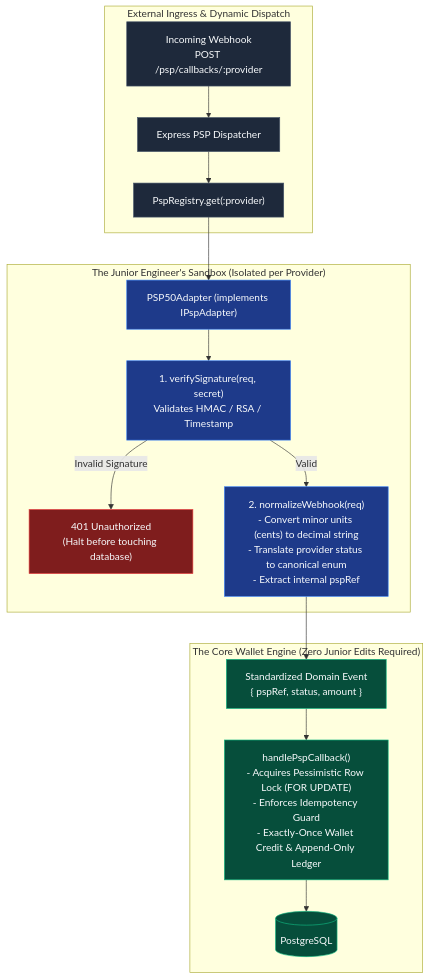
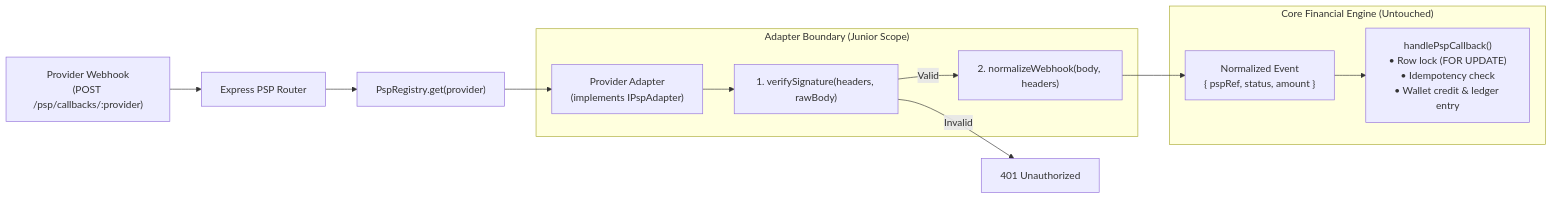
The diagram in backend-lead/DESIGN-PSP.md (kristianindra1412/99-code-challenge), drawn with Mermaid before and after one commit. The commit also changed other lines of this file and 6 other files, not shown here.

````diff
--- a/backend-lead/DESIGN-PSP.md
+++ b/backend-lead/DESIGN-PSP.md
@@ -26,30 +19,18 @@
 ```mermaid
-flowchart TD
-    subgraph Ingress["External Ingress & Dynamic Dispatch"]
-        Webhook["Incoming Webhook<br/>POST /psp/callbacks/:provider"] --> Router["Express PSP Dispatcher"]
-        Router --> Registry["PspRegistry.get(:provider)"]
+flowchart LR
+    Webhook["Provider Webhook<br/>(POST /psp/callbacks/:provider)"] --> Router["Express PSP Router"]
+    Router --> Registry["PspRegistry.get(provider)"]
+    Registry --> Adapter["Provider Adapter<br/>(implements IPspAdapter)"]
+    
+    subgraph AdapterBoundary["Adapter Boundary (Junior Scope)"]
+        Adapter --> V["1. verifySignature(headers, rawBody)"]
+        V -->|Valid| N["2. normalizeWebhook(body, headers)"]
     end
-
-    subgraph AdapterLayer["The Junior Engineer's Sandbox (Isolated per Provider)"]
-        Registry --> Adapter["PSP50Adapter (implements IPspAdapter)"]
-        Adapter --> Step1["1. verifySignature(req, secret)<br/>Validates HMAC / RSA / Timestamp"]
-        Step1 -->|Invalid Signature| Reject["401 Unauthorized<br/>(Halt before touching database)"]
-        Step1 -->|Valid| Step2["2. normalizeWebhook(req)<br/>- Convert minor units (cents) to decimal string<br/>- Translate provider status to canonical enum<br/>- Extract internal pspRef"]
+    
+    subgraph CoreEngine["Core Financial Engine (Untouched)"]
+        N --> Event["Normalized Event<br/>{ pspRef, status, amount }"]
+        Event --> Core["handlePspCallback()<br/>• Row lock (FOR UPDATE)<br/>• Idempotency check<br/>• Wallet credit & ledger entry"]
     end
-
-    subgraph CoreEngine["The Core Wallet Engine (Zero Junior Edits Required)"]
-        Step2 --> CanonicalEvent["Standardized Domain Event<br/>{ pspRef, status, amount }"]
-        CanonicalEvent --> CoreService["handlePspCallback()<br/>- Acquires Pessimistic Row Lock (FOR UPDATE)<br/>- Enforces Idempotency Guard<br/>- Exactly-Once Wallet Credit & Append-Only Ledger"]
-        CoreService --> CoreDB[(PostgreSQL)]
-    end
-
-    classDef ingress fill:#1e293b,stroke:#475569,stroke-width:1px,color:#f8fafc;
-    classDef adapter fill:#1e3a8a,stroke:#3b82f6,stroke-width:1px,color:#f8fafc;
-    classDef core fill:#064e3b,stroke:#10b981,stroke-width:1px,color:#f8fafc;
-    classDef error fill:#7f1d1d,stroke:#ef4444,stroke-width:1px,color:#f8fafc;
-
-    class Webhook,Router,Registry ingress;
-    class Adapter,Step1,Step2 adapter;
-    class CanonicalEvent,CoreService,CoreDB core;
-    class Reject error;
+    
+    V -->|Invalid| Err["401 Unauthorized"]
 ```
````
